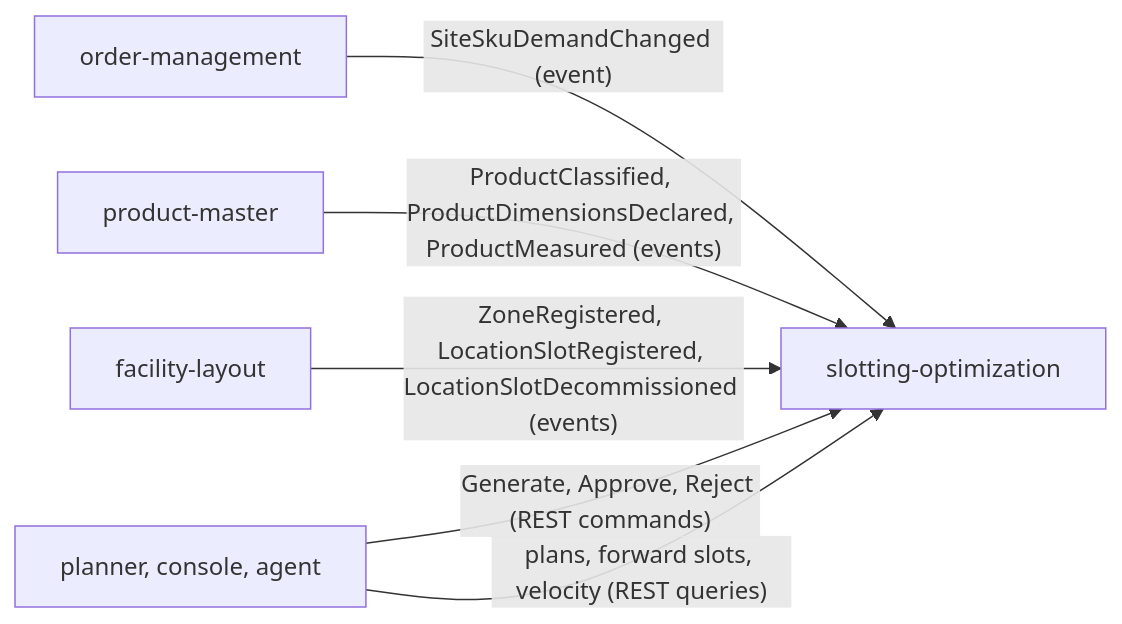
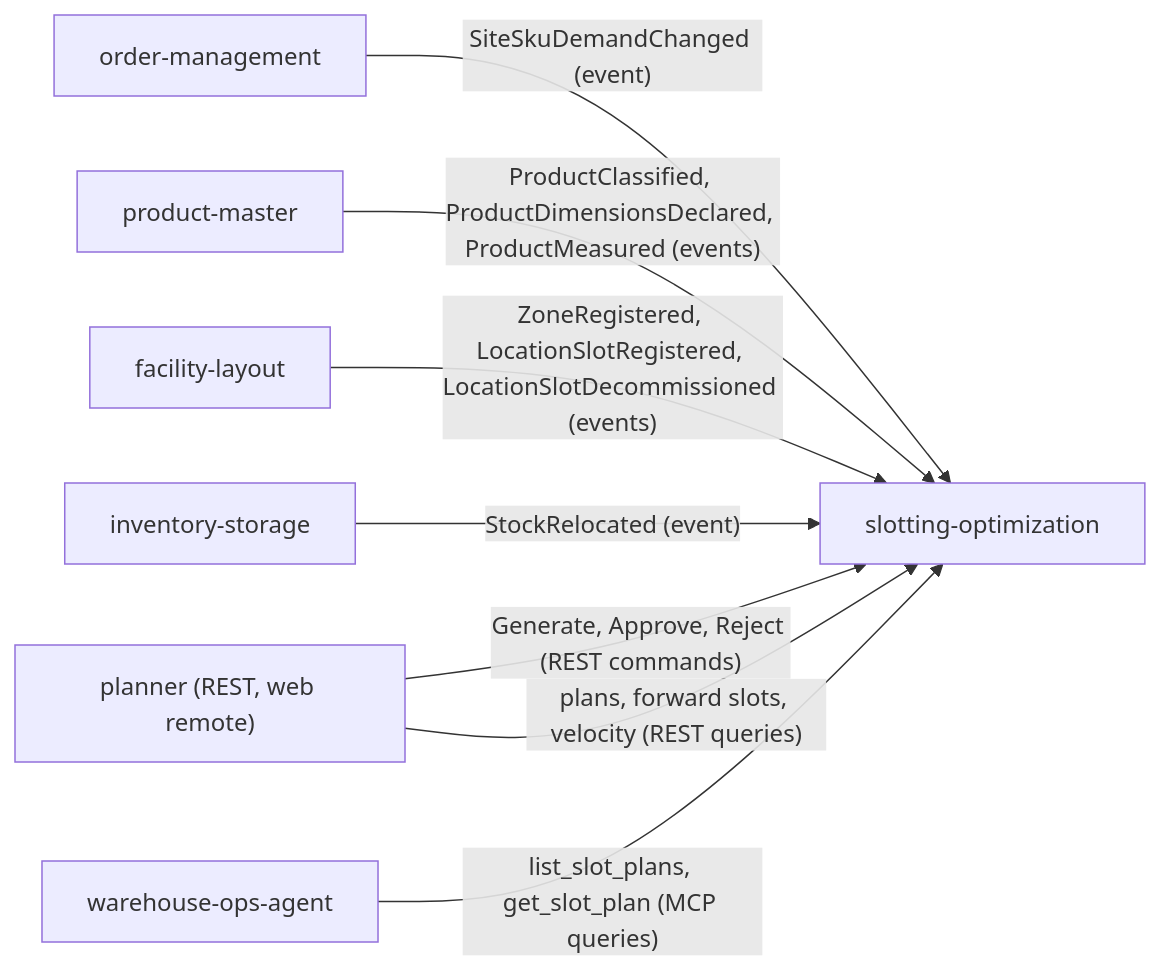
The third of 4 diagrams in docs/docs/ddd/bounded-context-canvas.md (IQVO/slotting-optimization), drawn with Mermaid before and after one commit. The commit also changed other lines of this file, not shown here.

````diff
--- a/docs/docs/ddd/bounded-context-canvas.md
+++ b/docs/docs/ddd/bounded-context-canvas.md
@@ -124,8 +136,10 @@
 ```mermaid
 flowchart LR
     om["order-management"] -->|"SiteSkuDemandChanged (event)"| so["slotting-optimization"]
     pm["product-master"] -->|"ProductClassified, ProductDimensionsDeclared, ProductMeasured (events)"| so
     fl["facility-layout"] -->|"ZoneRegistered, LocationSlotRegistered, LocationSlotDecommissioned (events)"| so
-    pl["planner, console, agent"] -->|"Generate, Approve, Reject (REST commands)"| so
+    is["inventory-storage"] -->|"StockRelocated (event)"| so
+    pl["planner (REST, web remote)"] -->|"Generate, Approve, Reject (REST commands)"| so
     pl -->|"plans, forward slots, velocity (REST queries)"| so
+    ag["warehouse-ops-agent"] -->|"list_slot_plans, get_slot_plan (MCP queries)"| so
 ```
````
